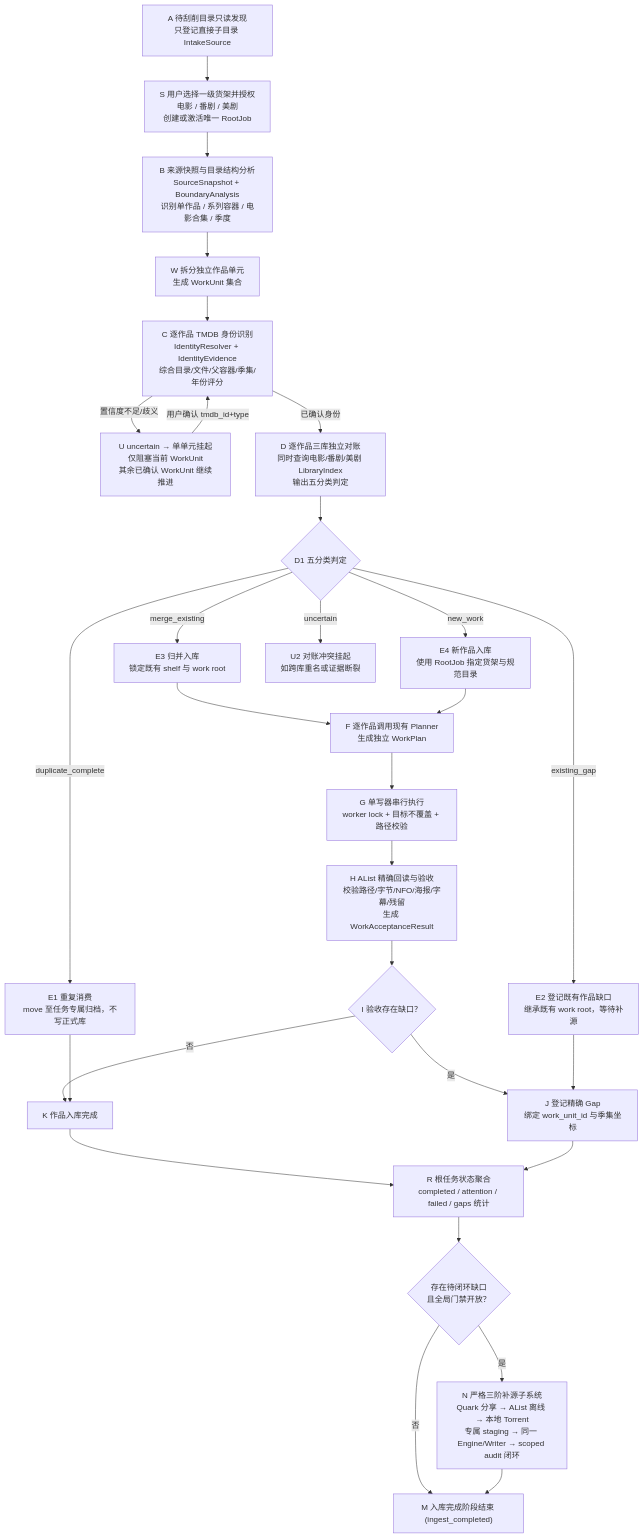
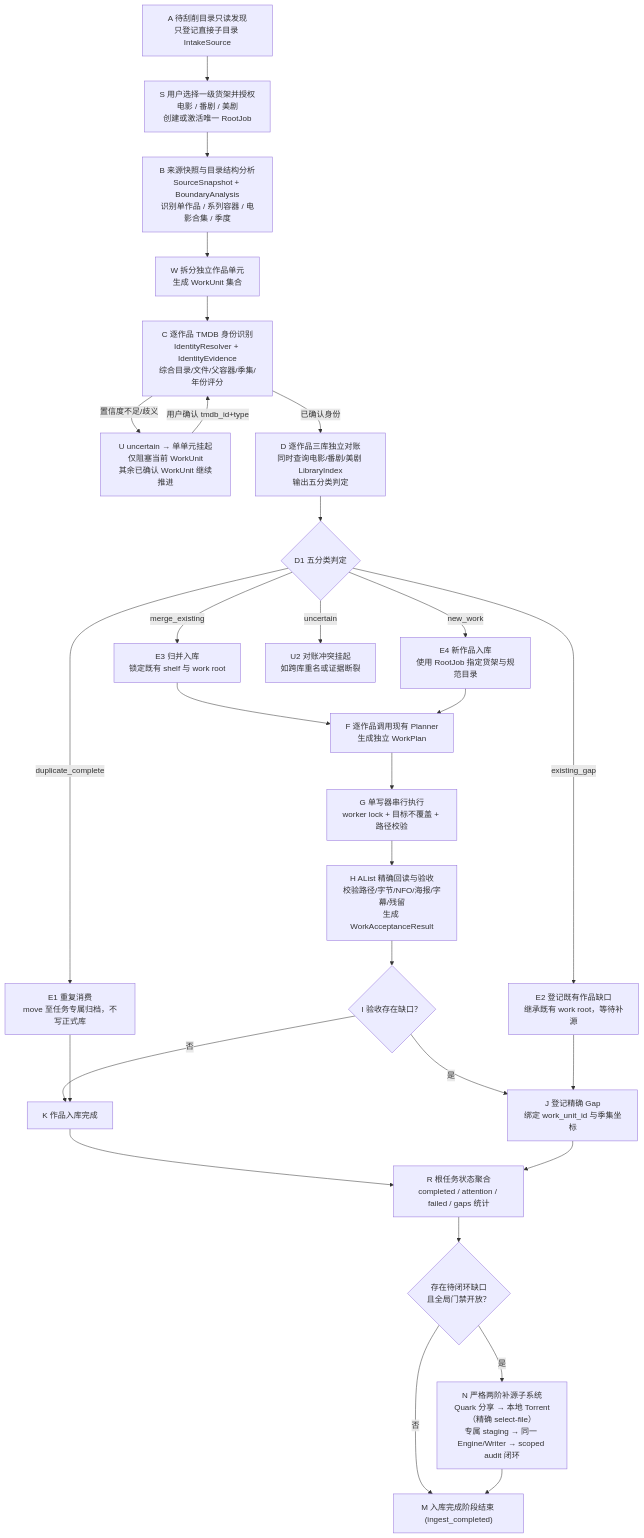
One commit to Niutopia/ScrapeFlow changed the diagram in AGENTS.md. Above: the diagram before and after it, drawn with Mermaid. The commit also changed other lines of this file and 37 other files, not shown here.

````diff
--- a/AGENTS.md
+++ b/AGENTS.md
@@ -84,41 +84,41 @@
 ```mermaid
 flowchart TD
     A["A 待刮削目录只读发现<br/>只登记直接子目录 IntakeSource"] -->
     S["S 用户选择一级货架并授权<br/>电影 / 番剧 / 美剧<br/>创建或激活唯一 RootJob"] -->
     B["B 来源快照与目录结构分析<br/>SourceSnapshot + BoundaryAnalysis<br/>识别单作品 / 系列容器 / 电影合集 / 季度"] -->
     W["W 拆分独立作品单元<br/>生成 WorkUnit 集合"]
 
     W --> C["C 逐作品 TMDB 身份识别<br/>IdentityResolver + IdentityEvidence<br/>综合目录/文件/父容器/季集/年份评分"]
 
     C -->|置信度不足/歧义| U["U uncertain → 单单元挂起<br/>仅阻塞当前 WorkUnit<br/>其余已确认 WorkUnit 继续推进"]
     U -->|用户确认 tmdb_id+type| C
 
     C -->|已确认身份| D["D 逐作品三库独立对账<br/>同时查询电影/番剧/美剧 LibraryIndex<br/>输出五分类判定"]
 
     D --> D1{"D1 五分类判定"}
     D1 -->|duplicate_complete| E1["E1 重复消费<br/>move 至任务专属归档，不写正式库"]
     D1 -->|existing_gap| E2["E2 登记既有作品缺口<br/>继承既有 work root，等待补源"]
     D1 -->|merge_existing| E3["E3 归并入库<br/>锁定既有 shelf 与 work root"]
     D1 -->|new_work| E4["E4 新作品入库<br/>使用 RootJob 指定货架与规范目录"]
     D1 -->|uncertain| U2["U2 对账冲突挂起<br/>如跨库重名或证据断裂"]
 
     E3 --> F["F 逐作品调用现有 Planner<br/>生成独立 WorkPlan"]
     E4 --> F
 
     F --> G["G 单写器串行执行<br/>worker lock + 目标不覆盖 + 路径校验"]
     G --> H["H AList 精确回读与验收<br/>校验路径/字节/NFO/海报/字幕/残留<br/>生成 WorkAcceptanceResult"]
 
     H --> I{"I 验收存在缺口？"}
     I -->|是| J["J 登记精确 Gap<br/>绑定 work_unit_id 与季集坐标"]
     I -->|否| K["K 作品入库完成"]
     E1 --> K
     E2 --> J
 
     K --> R["R 根任务状态聚合<br/>completed / attention / failed / gaps 统计"]
     J --> R
 
     R --> L{"存在待闭环缺口<br/>且全局门禁开放？"}
     L -->|否| M["M 入库完成阶段结束 (ingest_completed)"]
-    L -->|是| N["N 严格三阶补源子系统<br/>Quark 分享 → AList 离线 → 本地 Torrent<br/>专属 staging → 同一 Engine/Writer → scoped audit 闭环"]
+    L -->|是| N["N 严格两阶补源子系统<br/>Quark 分享 → 本地 Torrent（精确 select-file）<br/>专属 staging → 同一 Engine/Writer → scoped audit 闭环"]
     N --> M
 ```
````
